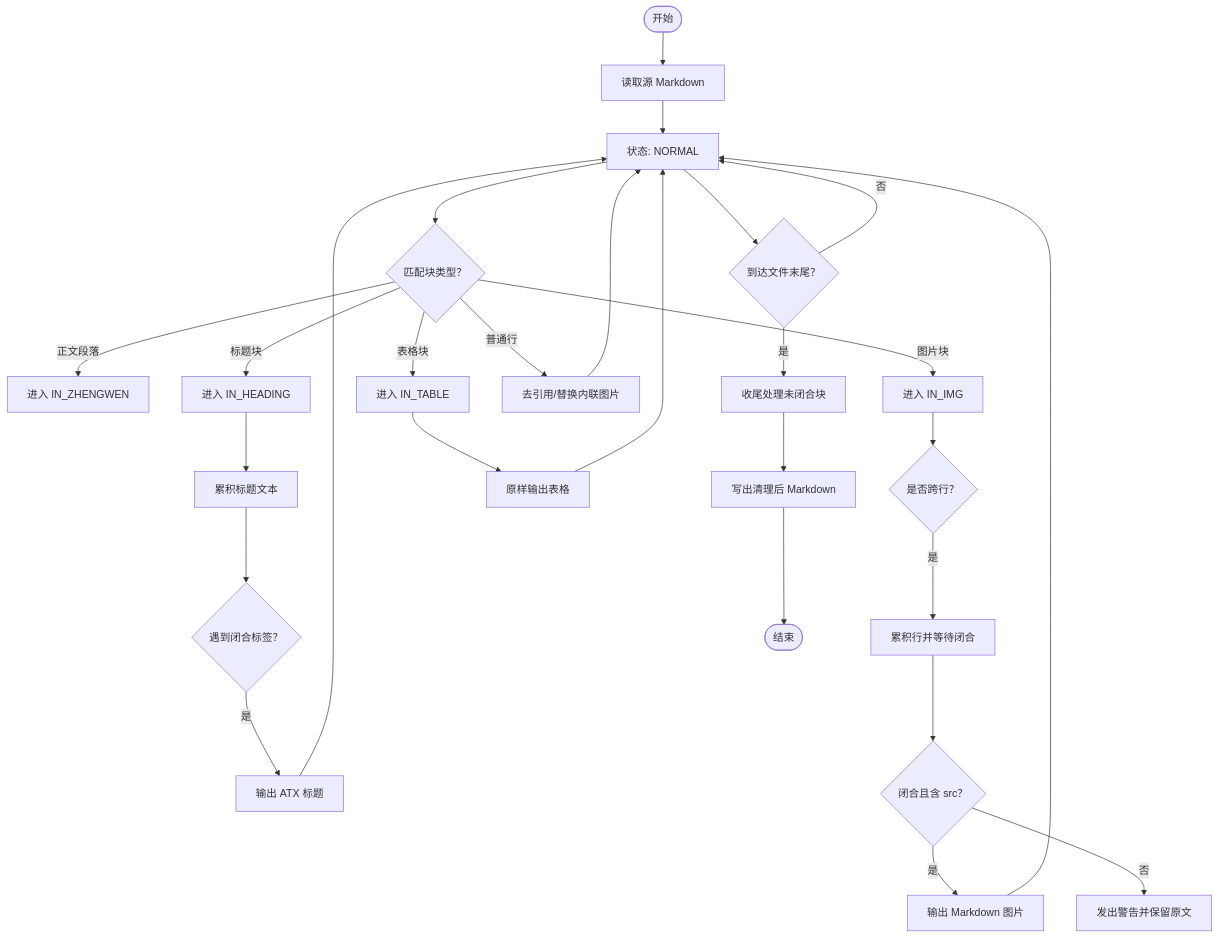
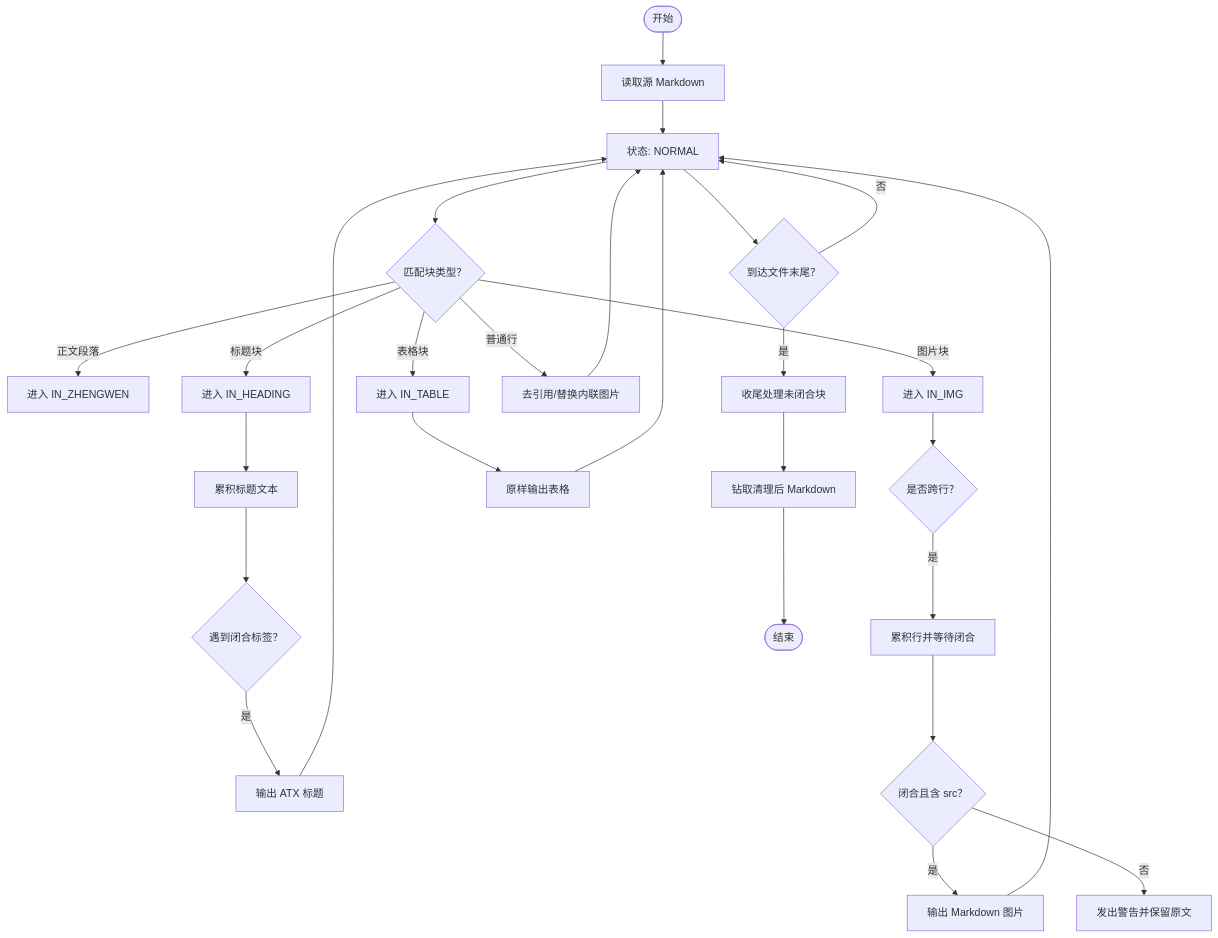
Before and after one commit to hllshiro/doc2md-cli: the seventh of 11 diagrams in .qoder/repowiki/zh/content/项目概述.md, drawn with Mermaid. The commit also changed other lines of this file and 13 other files, not shown here.

````diff
--- a/.qoder/repowiki/zh/content/项目概述.md
+++ b/.qoder/repowiki/zh/content/项目概述.md
@@ -323,29 +356,29 @@
 ```mermaid
 flowchart TD
 S(["开始"]) --> Read["读取源 Markdown"]
 Read --> StateNormal["状态: NORMAL"]
 StateNormal --> CheckBlock{"匹配块类型？"}
 CheckBlock --> |正文段落| EnterZhengwen["进入 IN_ZHENGWEN"]
 CheckBlock --> |标题块| EnterHeading["进入 IN_HEADING"]
 CheckBlock --> |图片块| EnterImg["进入 IN_IMG"]
 CheckBlock --> |表格块| EnterTable["进入 IN_TABLE"]
 CheckBlock --> |普通行| Strip["去引用/替换内联图片"]
 Strip --> StateNormal
 EnterHeading --> CollectHeading["累积标题文本"]
 CollectHeading --> CloseHeading{"遇到闭合标签？"}
 CloseHeading --> |是| EmitHeading["输出 ATX 标题"]
 EmitHeading --> StateNormal
 EnterImg --> MultiLine{"是否跨行？"}
 MultiLine --> |是| AccumulateImg["累积行并等待闭合"]
 AccumulateImg --> CloseImg{"闭合且含 src？"}
 CloseImg --> |是| EmitImg["输出 Markdown 图片"]
 CloseImg --> |否| WarnImg["发出警告并保留原文"]
 EmitImg --> StateNormal
 EnterTable --> EmitTable["原样输出表格"]
 EmitTable --> StateNormal
 StateNormal --> EOF{"到达文件末尾？"}
 EOF --> |是| Finalize["收尾处理未闭合块"]
-Finalize --> Write["写出清理后 Markdown"]
+Finalize --> Write["钻取清理后 Markdown"]
 EOF --> |否| StateNormal
 Write --> E(["结束"])
 ```
````
